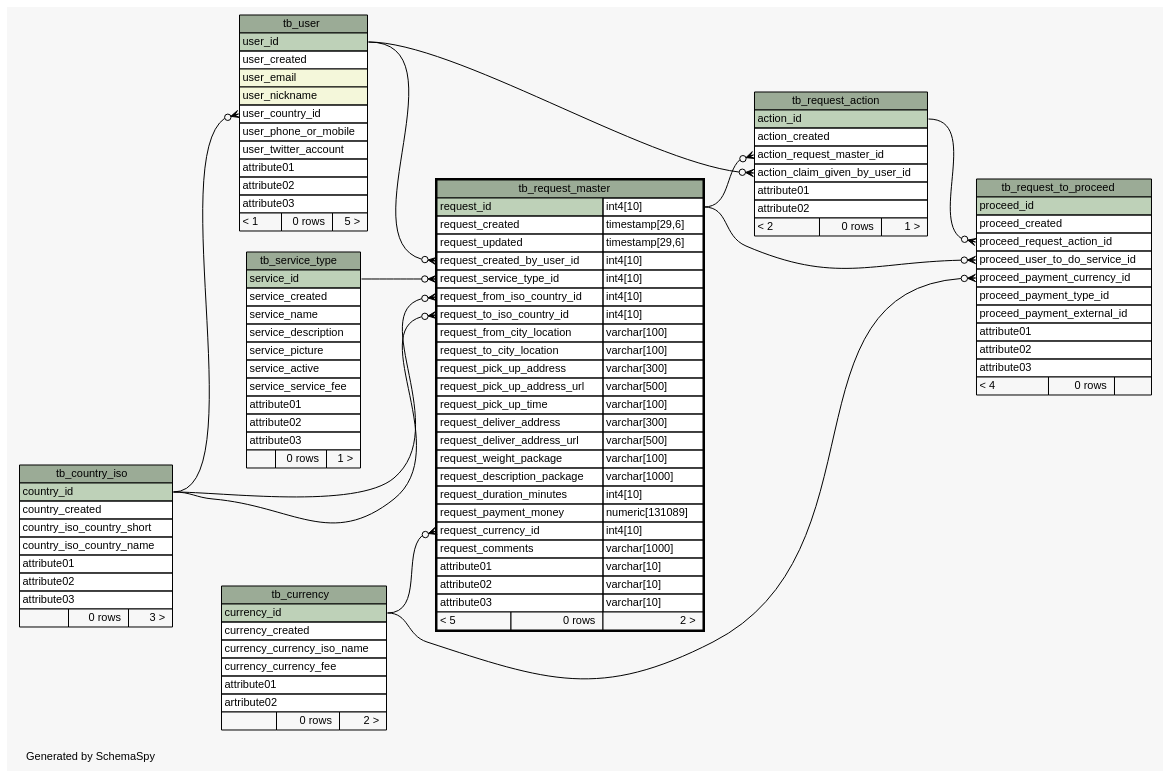
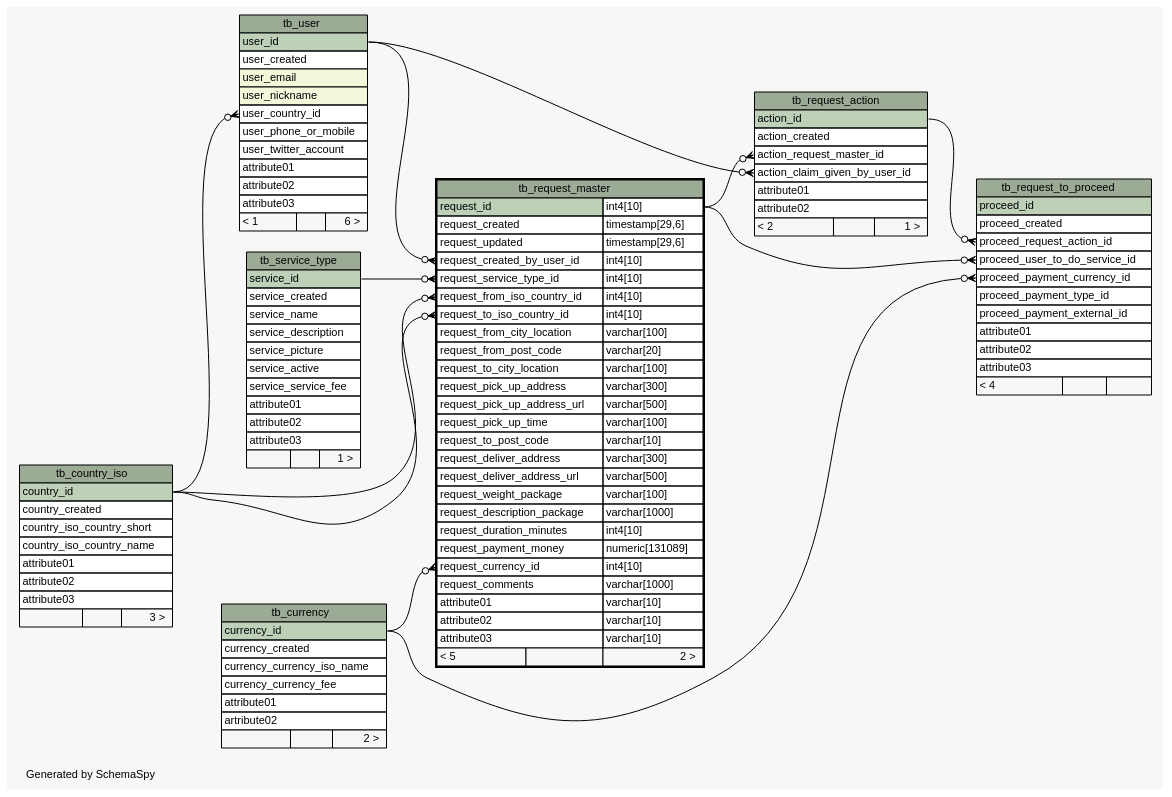
The diagram in database/schema/diagrams/tb_request_master.1degree.dot (josetesan/bring2me), drawn with Graphviz before and after one commit. The commit also changed 74 other files, not shown here.

Commit message:
New schema

```diff
--- a/database/schema/diagrams/tb_request_master.1degree.dot
+++ b/database/schema/diagrams/tb_request_master.1degree.dot
@@ -1,4 +1,4 @@
-// dot 2.34.0 on Linux 3.12.0-1-MANJARO
+// dot 2.34.0 on Linux 3.12.1-1-MANJARO
 // SchemaSpy rev 590
 digraph "oneDegreeRelationshipsDiagram" {
   graph [
@@ -41,7 +41,7 @@
       <TR><TD PORT="attribute01" COLSPAN="3" ALIGN="LEFT">attribute01</TD></TR>
       <TR><TD PORT="attribute02" COLSPAN="3" ALIGN="LEFT">attribute02</TD></TR>
       <TR><TD PORT="attribute03" COLSPAN="3" ALIGN="LEFT">attribute03</TD></TR>
-      <TR><TD ALIGN="LEFT" BGCOLOR="#f7f7f7">  </TD><TD ALIGN="RIGHT" BGCOLOR="#f7f7f7">0 rows</TD><TD ALIGN="RIGHT" BGCOLOR="#f7f7f7">3 &gt;</TD></TR>
+      <TR><TD ALIGN="LEFT" BGCOLOR="#f7f7f7">  </TD><TD ALIGN="RIGHT" BGCOLOR="#f7f7f7">  </TD><TD ALIGN="RIGHT" BGCOLOR="#f7f7f7">3 &gt;</TD></TR>
     </TABLE>>
     URL="tb_country_iso.html"
     tooltip="tb_country_iso"
@@ -56,7 +56,7 @@
       <TR><TD PORT="currency_currency_fee" COLSPAN="3" ALIGN="LEFT">currency_currency_fee</TD></TR>
       <TR><TD PORT="attribute01" COLSPAN="3" ALIGN="LEFT">attribute01</TD></TR>
       <TR><TD PORT="artribute02" COLSPAN="3" ALIGN="LEFT">artribute02</TD></TR>
-      <TR><TD ALIGN="LEFT" BGCOLOR="#f7f7f7">  </TD><TD ALIGN="RIGHT" BGCOLOR="#f7f7f7">0 rows</TD><TD ALIGN="RIGHT" BGCOLOR="#f7f7f7">2 &gt;</TD></TR>
+      <TR><TD ALIGN="LEFT" BGCOLOR="#f7f7f7">  </TD><TD ALIGN="RIGHT" BGCOLOR="#f7f7f7">  </TD><TD ALIGN="RIGHT" BGCOLOR="#f7f7f7">2 &gt;</TD></TR>
     </TABLE>>
     URL="tb_currency.html"
     tooltip="tb_currency"
@@ -71,7 +71,7 @@
       <TR><TD PORT="action_claim_given_by_user_id" COLSPAN="3" ALIGN="LEFT">action_claim_given_by_user_id</TD></TR>
       <TR><TD PORT="attribute01" COLSPAN="3" ALIGN="LEFT">attribute01</TD></TR>
       <TR><TD PORT="attribute02" COLSPAN="3" ALIGN="LEFT">attribute02</TD></TR>
-      <TR><TD ALIGN="LEFT" BGCOLOR="#f7f7f7">&lt; 2</TD><TD ALIGN="RIGHT" BGCOLOR="#f7f7f7">0 rows</TD><TD ALIGN="RIGHT" BGCOLOR="#f7f7f7">1 &gt;</TD></TR>
+      <TR><TD ALIGN="LEFT" BGCOLOR="#f7f7f7">&lt; 2</TD><TD ALIGN="RIGHT" BGCOLOR="#f7f7f7">  </TD><TD ALIGN="RIGHT" BGCOLOR="#f7f7f7">1 &gt;</TD></TR>
     </TABLE>>
     URL="tb_request_action.html"
     tooltip="tb_request_action"
@@ -88,10 +88,12 @@
       <TR><TD PORT="request_from_iso_country_id" COLSPAN="2" ALIGN="LEFT">request_from_iso_country_id</TD><TD PORT="request_from_iso_country_id.type" ALIGN="LEFT">int4[10]</TD></TR>
       <TR><TD PORT="request_to_iso_country_id" COLSPAN="2" ALIGN="LEFT">request_to_iso_country_id</TD><TD PORT="request_to_iso_country_id.type" ALIGN="LEFT">int4[10]</TD></TR>
       <TR><TD PORT="request_from_city_location" COLSPAN="2" ALIGN="LEFT">request_from_city_location</TD><TD PORT="request_from_city_location.type" ALIGN="LEFT">varchar[100]</TD></TR>
+      <TR><TD PORT="request_from_post_code" COLSPAN="2" ALIGN="LEFT">request_from_post_code</TD><TD PORT="request_from_post_code.type" ALIGN="LEFT">varchar[20]</TD></TR>
       <TR><TD PORT="request_to_city_location" COLSPAN="2" ALIGN="LEFT">request_to_city_location</TD><TD PORT="request_to_city_location.type" ALIGN="LEFT">varchar[100]</TD></TR>
       <TR><TD PORT="request_pick_up_address" COLSPAN="2" ALIGN="LEFT">request_pick_up_address</TD><TD PORT="request_pick_up_address.type" ALIGN="LEFT">varchar[300]</TD></TR>
       <TR><TD PORT="request_pick_up_address_url" COLSPAN="2" ALIGN="LEFT">request_pick_up_address_url</TD><TD PORT="request_pick_up_address_url.type" ALIGN="LEFT">varchar[500]</TD></TR>
       <TR><TD PORT="request_pick_up_time" COLSPAN="2" ALIGN="LEFT">request_pick_up_time</TD><TD PORT="request_pick_up_time.type" ALIGN="LEFT">varchar[100]</TD></TR>
+      <TR><TD PORT="request_to_post_code" COLSPAN="2" ALIGN="LEFT">request_to_post_code</TD><TD PORT="request_to_post_code.type" ALIGN="LEFT">varchar[10]</TD></TR>
       <TR><TD PORT="request_deliver_address" COLSPAN="2" ALIGN="LEFT">request_deliver_address</TD><TD PORT="request_deliver_address.type" ALIGN="LEFT">varchar[300]</TD></TR>
       <TR><TD PORT="request_deliver_address_url" COLSPAN="2" ALIGN="LEFT">request_deliver_address_url</TD><TD PORT="request_deliver_address_url.type" ALIGN="LEFT">varchar[500]</TD></TR>
       <TR><TD PORT="request_weight_package" COLSPAN="2" ALIGN="LEFT">request_weight_package</TD><TD PORT="request_weight_package.type" ALIGN="LEFT">varchar[100]</TD></TR>
@@ -103,7 +105,7 @@
       <TR><TD PORT="attribute01" COLSPAN="2" ALIGN="LEFT">attribute01</TD><TD PORT="attribute01.type" ALIGN="LEFT">varchar[10]</TD></TR>
       <TR><TD PORT="attribute02" COLSPAN="2" ALIGN="LEFT">attribute02</TD><TD PORT="attribute02.type" ALIGN="LEFT">varchar[10]</TD></TR>
       <TR><TD PORT="attribute03" COLSPAN="2" ALIGN="LEFT">attribute03</TD><TD PORT="attribute03.type" ALIGN="LEFT">varchar[10]</TD></TR>
-      <TR><TD ALIGN="LEFT" BGCOLOR="#f7f7f7">&lt; 5</TD><TD ALIGN="RIGHT" BGCOLOR="#f7f7f7">0 rows</TD><TD ALIGN="RIGHT" BGCOLOR="#f7f7f7">2 &gt;</TD></TR>
+      <TR><TD ALIGN="LEFT" BGCOLOR="#f7f7f7">&lt; 5</TD><TD ALIGN="RIGHT" BGCOLOR="#f7f7f7">  </TD><TD ALIGN="RIGHT" BGCOLOR="#f7f7f7">2 &gt;</TD></TR>
     </TABLE>>
     URL="tb_request_master.html"
     tooltip="tb_request_master"
@@ -122,7 +124,7 @@
       <TR><TD PORT="attribute01" COLSPAN="3" ALIGN="LEFT">attribute01</TD></TR>
       <TR><TD PORT="attribute02" COLSPAN="3" ALIGN="LEFT">attribute02</TD></TR>
       <TR><TD PORT="attribute03" COLSPAN="3" ALIGN="LEFT">attribute03</TD></TR>
-      <TR><TD ALIGN="LEFT" BGCOLOR="#f7f7f7">&lt; 4</TD><TD ALIGN="RIGHT" BGCOLOR="#f7f7f7">0 rows</TD><TD ALIGN="RIGHT" BGCOLOR="#f7f7f7">  </TD></TR>
+      <TR><TD ALIGN="LEFT" BGCOLOR="#f7f7f7">&lt; 4</TD><TD ALIGN="RIGHT" BGCOLOR="#f7f7f7">  </TD><TD ALIGN="RIGHT" BGCOLOR="#f7f7f7">  </TD></TR>
     </TABLE>>
     URL="tb_request_to_proceed.html"
     tooltip="tb_request_to_proceed"
@@ -141,7 +143,7 @@
       <TR><TD PORT="attribute01" COLSPAN="3" ALIGN="LEFT">attribute01</TD></TR>
       <TR><TD PORT="attribute02" COLSPAN="3" ALIGN="LEFT">attribute02</TD></TR>
       <TR><TD PORT="attribute03" COLSPAN="3" ALIGN="LEFT">attribute03</TD></TR>
-      <TR><TD ALIGN="LEFT" BGCOLOR="#f7f7f7">  </TD><TD ALIGN="RIGHT" BGCOLOR="#f7f7f7">0 rows</TD><TD ALIGN="RIGHT" BGCOLOR="#f7f7f7">1 &gt;</TD></TR>
+      <TR><TD ALIGN="LEFT" BGCOLOR="#f7f7f7">  </TD><TD ALIGN="RIGHT" BGCOLOR="#f7f7f7">  </TD><TD ALIGN="RIGHT" BGCOLOR="#f7f7f7">1 &gt;</TD></TR>
     </TABLE>>
     URL="tb_service_type.html"
     tooltip="tb_service_type"
@@ -160,7 +162,7 @@
       <TR><TD PORT="attribute01" COLSPAN="3" ALIGN="LEFT">attribute01</TD></TR>
       <TR><TD PORT="attribute02" COLSPAN="3" ALIGN="LEFT">attribute02</TD></TR>
       <TR><TD PORT="attribute03" COLSPAN="3" ALIGN="LEFT">attribute03</TD></TR>
-      <TR><TD ALIGN="LEFT" BGCOLOR="#f7f7f7">&lt; 1</TD><TD ALIGN="RIGHT" BGCOLOR="#f7f7f7">0 rows</TD><TD ALIGN="RIGHT" BGCOLOR="#f7f7f7">5 &gt;</TD></TR>
+      <TR><TD ALIGN="LEFT" BGCOLOR="#f7f7f7">&lt; 1</TD><TD ALIGN="RIGHT" BGCOLOR="#f7f7f7">  </TD><TD ALIGN="RIGHT" BGCOLOR="#f7f7f7">6 &gt;</TD></TR>
     </TABLE>>
     URL="tb_user.html"
     tooltip="tb_user"
```
